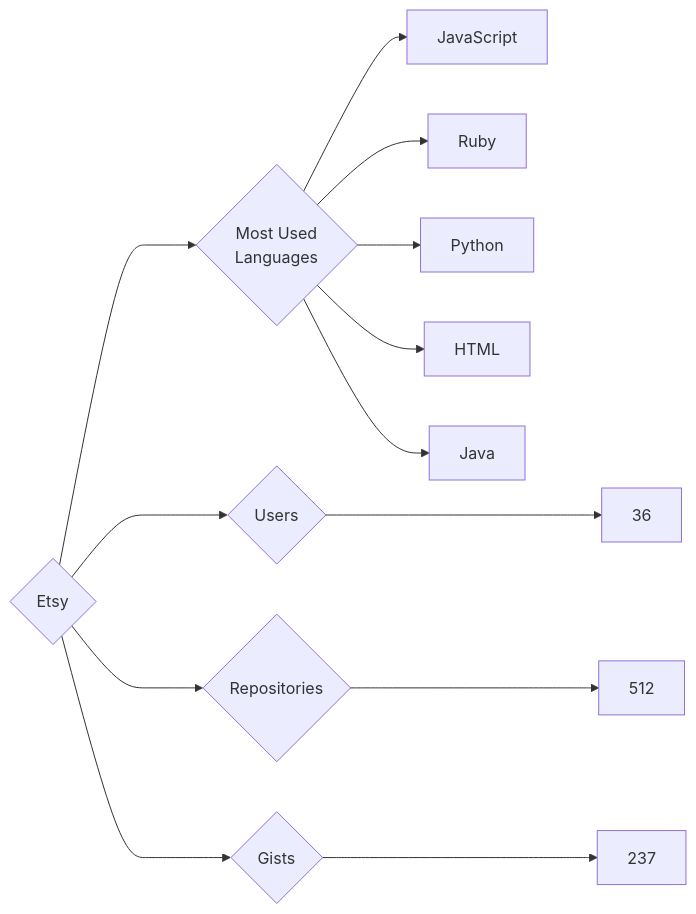
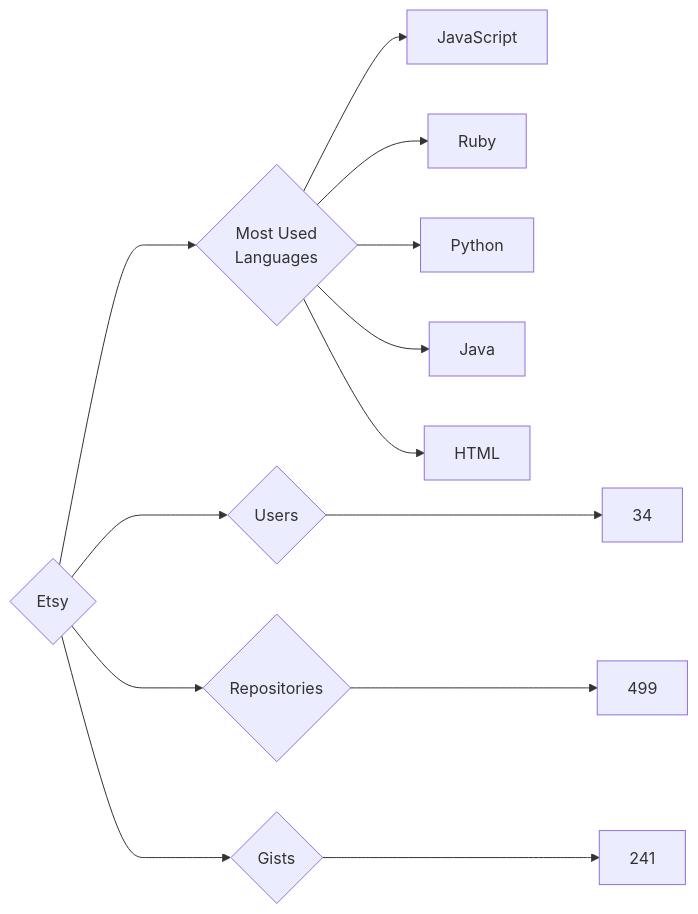
Before and after one commit to trickest/insiders: the diagram in targets/Etsy/README.md, drawn with Mermaid. The commit also changed 1030 other files, not shown here.

````diff
--- a/targets/Etsy/README.md
+++ b/targets/Etsy/README.md
@@ -3,13 +3,13 @@
 ```mermaid
 graph LR
 COMPANY_NAME{Etsy}
-COMPANY_NAME ---> U{Users} ---> UN[36]
-COMPANY_NAME ---> R{Repositories} ---> RN[512]
-COMPANY_NAME ---> G{Gists} ---> GN[237]
+COMPANY_NAME ---> U{Users} ---> UN[34]
+COMPANY_NAME ---> R{Repositories} ---> RN[499]
+COMPANY_NAME ---> G{Gists} ---> GN[241]
 COMPANY_NAME ---> ML{Most Used<br>Languages}
 ML --> JavaScript[JavaScript]
 ML --> Ruby[Ruby]
 ML --> Python[Python]
+ML --> Java[Java]
 ML --> HTML[HTML]
-ML --> Java[Java]
 ```
````
